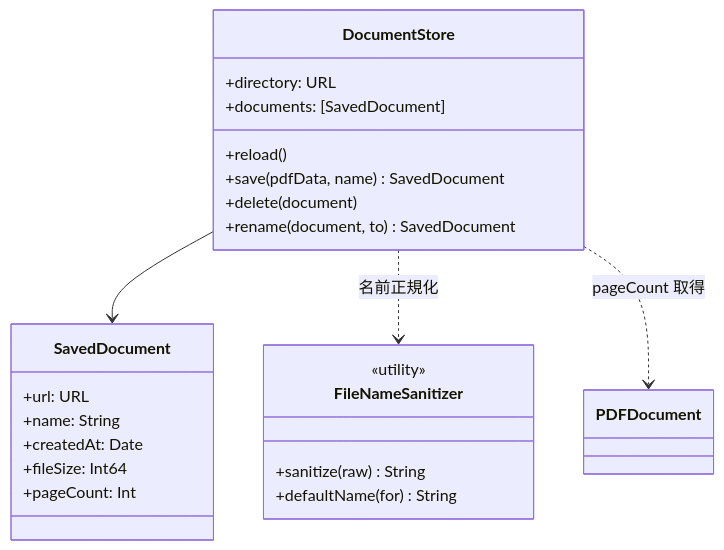
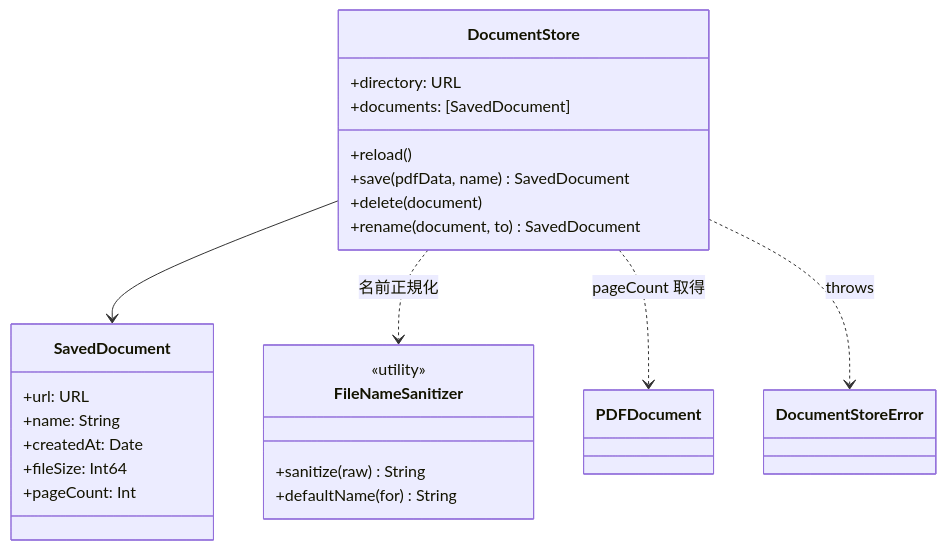
The first of 2 diagrams in DocScanner/Storage/README.md (gomurin0428/DocScanner), drawn with Mermaid before and after one commit. The commit also changed other lines of this file and 7 other files, not shown here.

````diff
--- a/DocScanner/Storage/README.md
+++ b/DocScanner/Storage/README.md
@@ -23,26 +24,27 @@
 ```mermaid
 classDiagram
     class DocumentStore {
         +directory: URL
         +documents: [SavedDocument]
         +reload()
         +save(pdfData, name) SavedDocument
         +delete(document)
         +rename(document, to) SavedDocument
     }
     class SavedDocument {
         +url: URL
         +name: String
         +createdAt: Date
         +fileSize: Int64
         +pageCount: Int
     }
     class FileNameSanitizer {
         <<utility>>
         +sanitize(raw) String
         +defaultName(for) String
     }
     DocumentStore --> SavedDocument
     DocumentStore ..> FileNameSanitizer : 名前正規化
     DocumentStore ..> PDFDocument : pageCount 取得
+    DocumentStore ..> DocumentStoreError : throws
 ```
````
